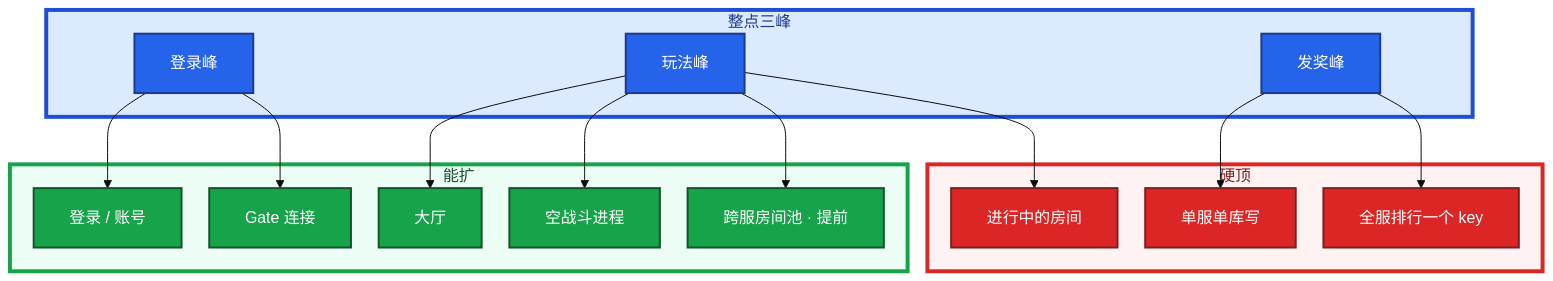
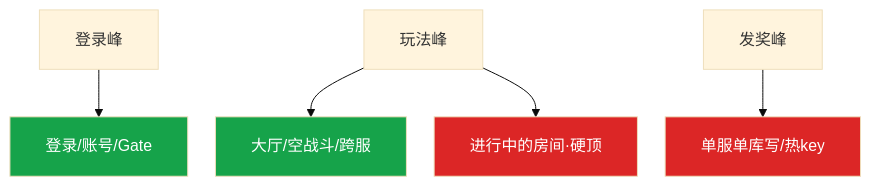
Before and after one commit to ml-cuizijun/LearnToLilith: the second of 2 diagrams in 08-游戏运维专题/05-活动高峰与压测/知识点.md, drawn with Mermaid. The commit also changed other lines of this file and 213 other files, not shown here.

````diff
--- a/08-游戏运维专题/05-活动高峰与压测/知识点.md
+++ b/08-游戏运维专题/05-活动高峰与压测/知识点.md
@@ -74,43 +56,11 @@
 ```mermaid
 %%{init: {"flowchart": {"padding": 18, "nodeSpacing": 28, "rankSpacing": 48}, "theme": "base"}}%%
 flowchart TB
-    subgraph peaks ["整点三峰"]
-        p1[登录峰]
-        p2[玩法峰]
-        p3[发奖峰]
-    end
-
-    subgraph can ["能扩"]
-        login[登录 / 账号]
-        gate[Gate 连接]
-        hall[大厅]
-        empty[空战斗进程]
-        xs[跨服房间池 · 提前]
-    end
-
-    subgraph hard ["硬顶"]
-        room[进行中的房间]
-        write[单服单库写]
-        hot[全服排行一个 key]
-    end
-
-    p1 --> login
-    p1 --> gate
-    p2 --> hall
-    p2 --> empty
-    p2 --> xs
-    p2 --> room
-    p3 --> write
-    p3 --> hot
-
-    classDef can fill:#16A34A,stroke:#14532D,stroke-width:2px,color:#fff
-    classDef hardc fill:#DC2626,stroke:#7F1D1D,stroke-width:2px,color:#fff
-    classDef p fill:#2563EB,stroke:#1E3A8A,stroke-width:2px,color:#fff
-    class login,gate,hall,empty,xs can
-    class room,write,hot hardc
-    class p1,p2,p3 p
-
-    style peaks fill:#DBEAFE,stroke:#1D4ED8,stroke-width:4px,color:#1E3A8A
-    style can fill:#ECFDF5,stroke:#16A34A,stroke-width:4px,color:#14532D
-    style hard fill:#FEF2F2,stroke:#DC2626,stroke-width:4px,color:#7F1D1D
+    p1[登录峰] --> login[登录/账号/Gate]
+    p2[玩法峰] --> hall[大厅/空战斗/跨服]
+    p3[发奖峰] --> write[单服单库写/热key]
+    p2 --> room[进行中的房间·硬顶]
+    classDef can fill:#16A34A,color:#fff
+    classDef hard fill:#DC2626,color:#fff
+    class login,hall can; class write,room hard
 ```
````
